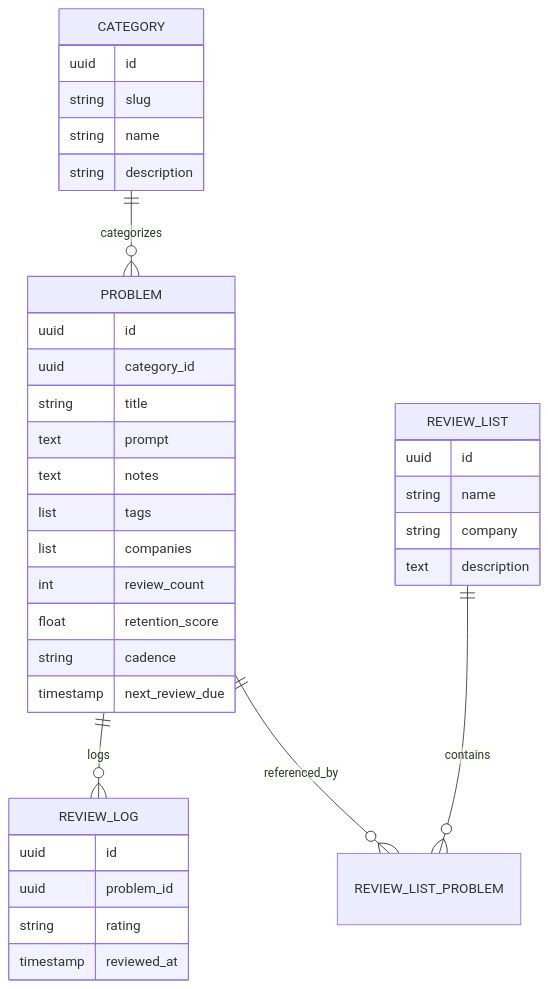
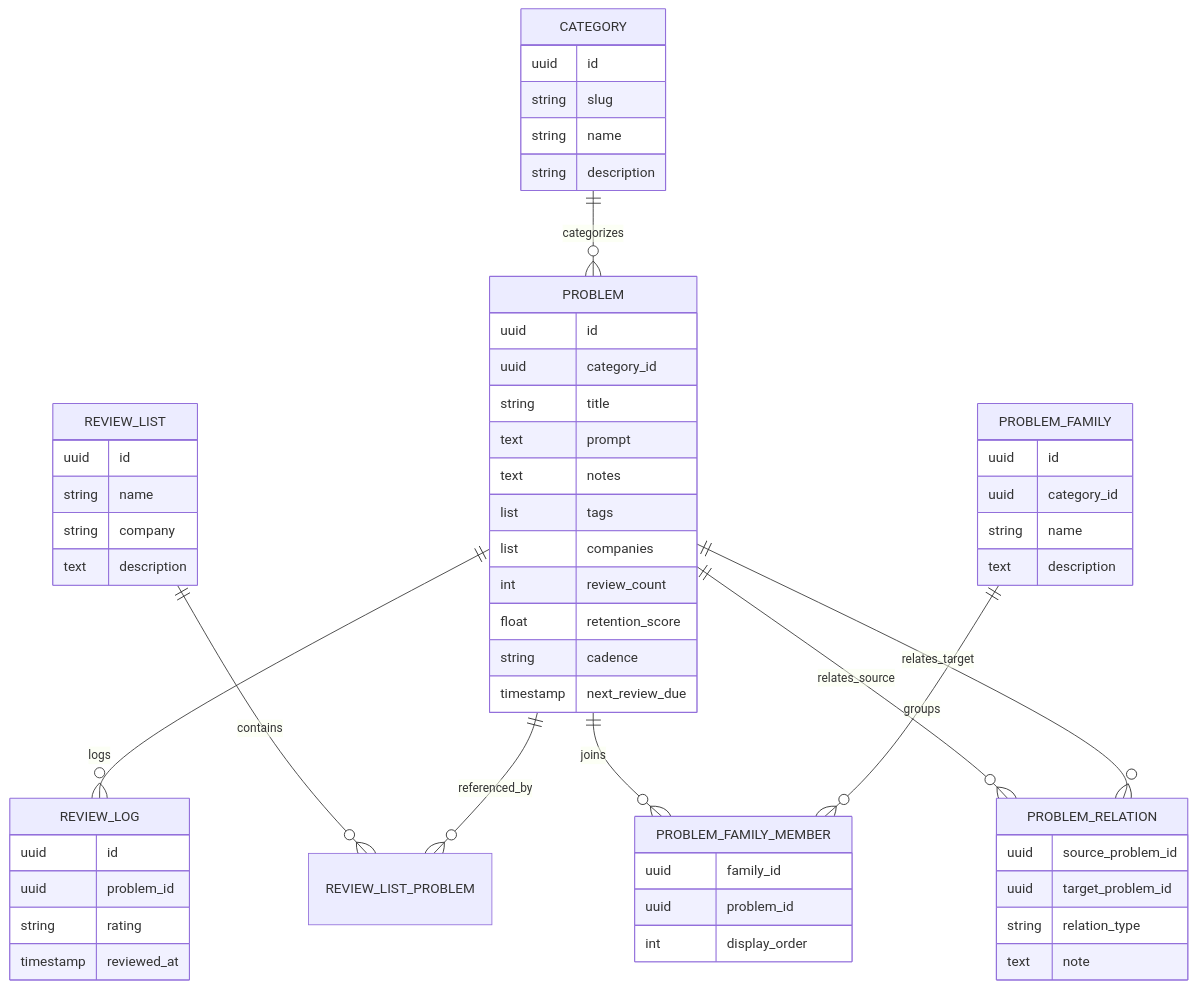
Before and after one commit to 92fueler/brain_shuffle: the third of 6 diagrams in docs/DESIGN.md, drawn with Mermaid. The commit also changed other lines of this file and 2 other files, not shown here.

Commit message:
docs: add topic grouping and deduplication specification and sync design docs

````diff
--- a/docs/DESIGN.md
+++ b/docs/DESIGN.md
@@ -92,42 +92,66 @@
 ```mermaid
 erDiagram
     CATEGORY ||--o{ PROBLEM : categorizes
     PROBLEM ||--o{ REVIEW_LOG : logs
     REVIEW_LIST ||--o{ REVIEW_LIST_PROBLEM : contains
     PROBLEM ||--o{ REVIEW_LIST_PROBLEM : referenced_by
+    PROBLEM ||--o{ PROBLEM_FAMILY_MEMBER : joins
+    PROBLEM_FAMILY ||--o{ PROBLEM_FAMILY_MEMBER : groups
+    PROBLEM ||--o{ PROBLEM_RELATION : relates_source
+    PROBLEM ||--o{ PROBLEM_RELATION : relates_target
 
     CATEGORY {
         uuid id
         string slug
         string name
         string description
     }
 
     PROBLEM {
         uuid id
         uuid category_id
         string title
         text prompt
         text notes
         list tags
         list companies
         int review_count
         float retention_score
         string cadence
         timestamp next_review_due
     }
 
+    PROBLEM_FAMILY {
+        uuid id
+        uuid category_id
+        string name
+        text description
+    }
+
+    PROBLEM_FAMILY_MEMBER {
+        uuid family_id
+        uuid problem_id
+        int display_order
+    }
+
+    PROBLEM_RELATION {
+        uuid source_problem_id
+        uuid target_problem_id
+        string relation_type
+        text note
+    }
+
     REVIEW_LIST {
         uuid id
         string name
         string company
         text description
     }
 
     REVIEW_LOG {
         uuid id
         uuid problem_id
         string rating
         timestamp reviewed_at
     }
 ```
````
